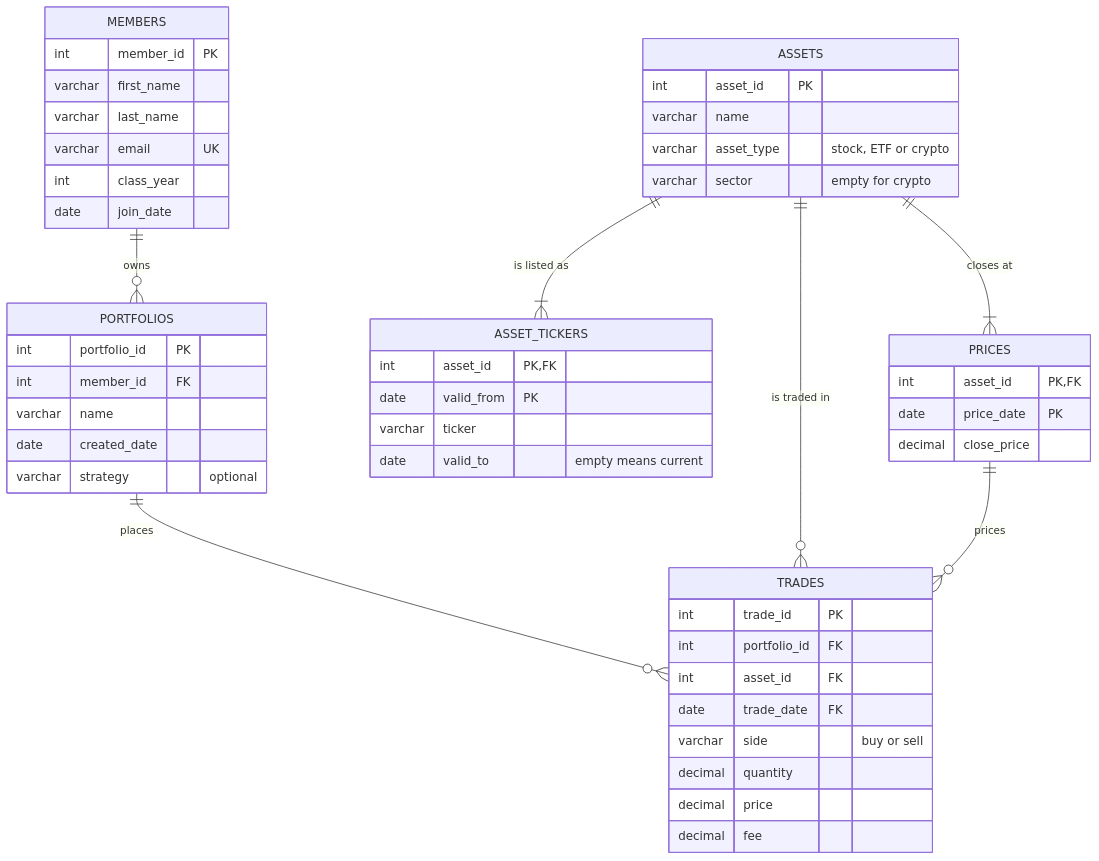
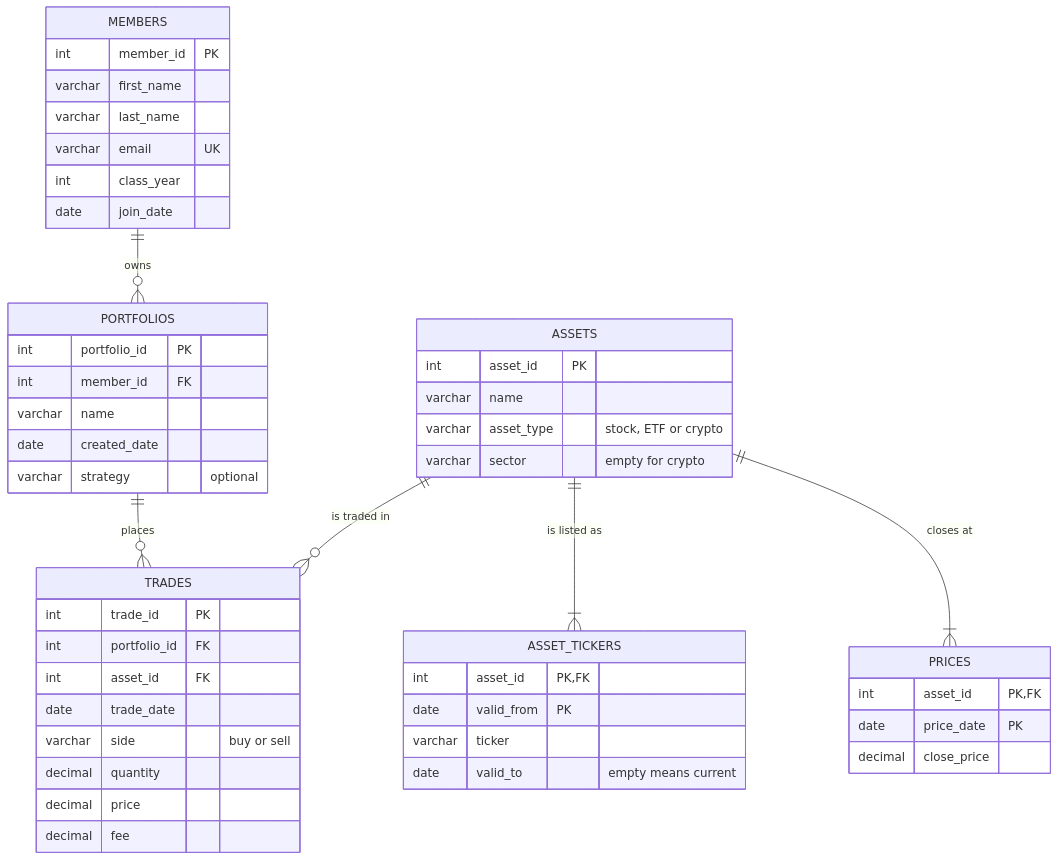
One commit to mmeisel1/oim6301 changed the diagram in projects/db/README.md. Above: the diagram before and after it, drawn with Mermaid. The commit also changed other lines of this file and 4 other files, not shown here.

````diff
--- a/projects/db/README.md
+++ b/projects/db/README.md
@@ -12,52 +12,51 @@
 ```mermaid
 erDiagram
     MEMBERS ||--o{ PORTFOLIOS : owns
     PORTFOLIOS ||--o{ TRADES : places
     ASSETS ||--o{ TRADES : "is traded in"
     ASSETS ||--|{ ASSET_TICKERS : "is listed as"
     ASSETS ||--|{ PRICES : "closes at"
-    PRICES ||--o{ TRADES : "prices"
 
     MEMBERS {
         int member_id PK
         varchar first_name
         varchar last_name
         varchar email UK
         int class_year
         date join_date
     }
     PORTFOLIOS {
         int portfolio_id PK
         int member_id FK
         varchar name
         date created_date
         varchar strategy "optional"
     }
     ASSETS {
         int asset_id PK
         varchar name
         varchar asset_type "stock, ETF or crypto"
         varchar sector "empty for crypto"
     }
     ASSET_TICKERS {
         int asset_id PK, FK
         date valid_from PK
         varchar ticker
         date valid_to "empty means current"
     }
     PRICES {
         int asset_id PK, FK
         date price_date PK
         decimal close_price
     }
     TRADES {
         int trade_id PK
         int portfolio_id FK
         int asset_id FK
-        date trade_date FK
+        date trade_date 
         varchar side "buy or sell"
         decimal quantity
         decimal price
         decimal fee
     }
 ```
````
